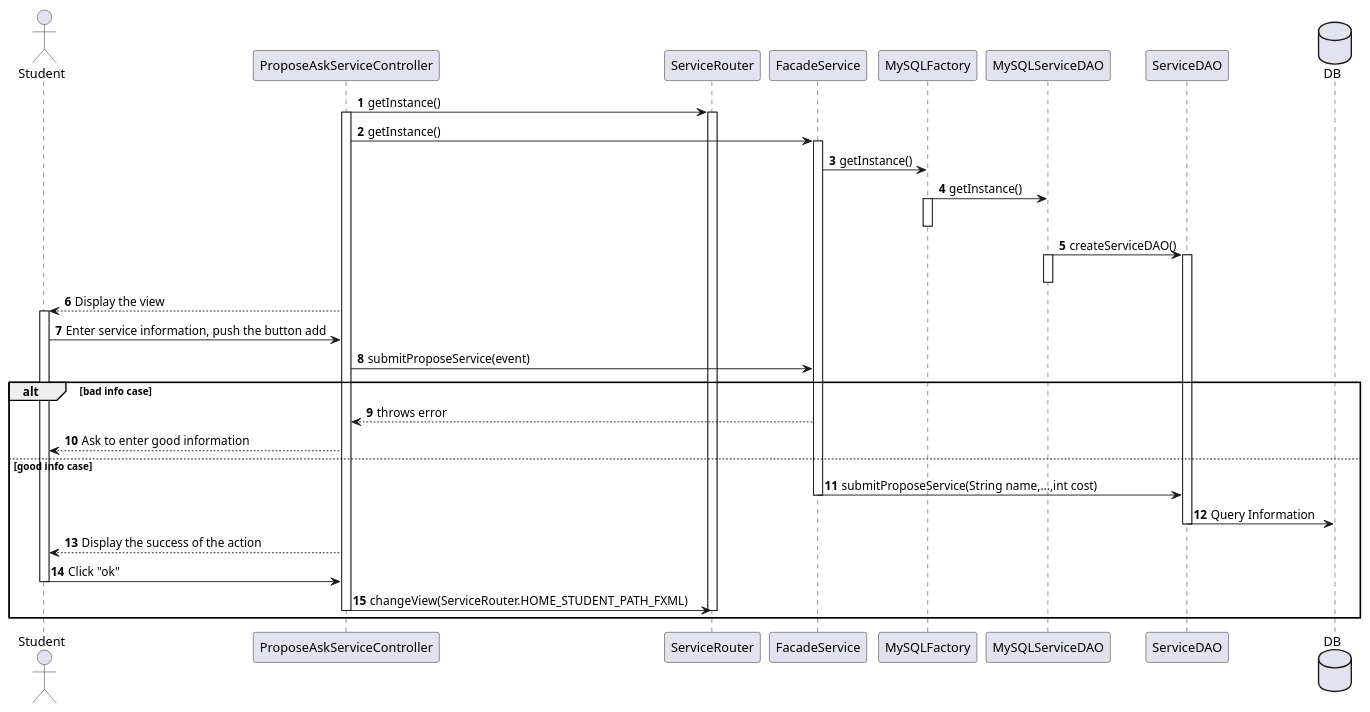
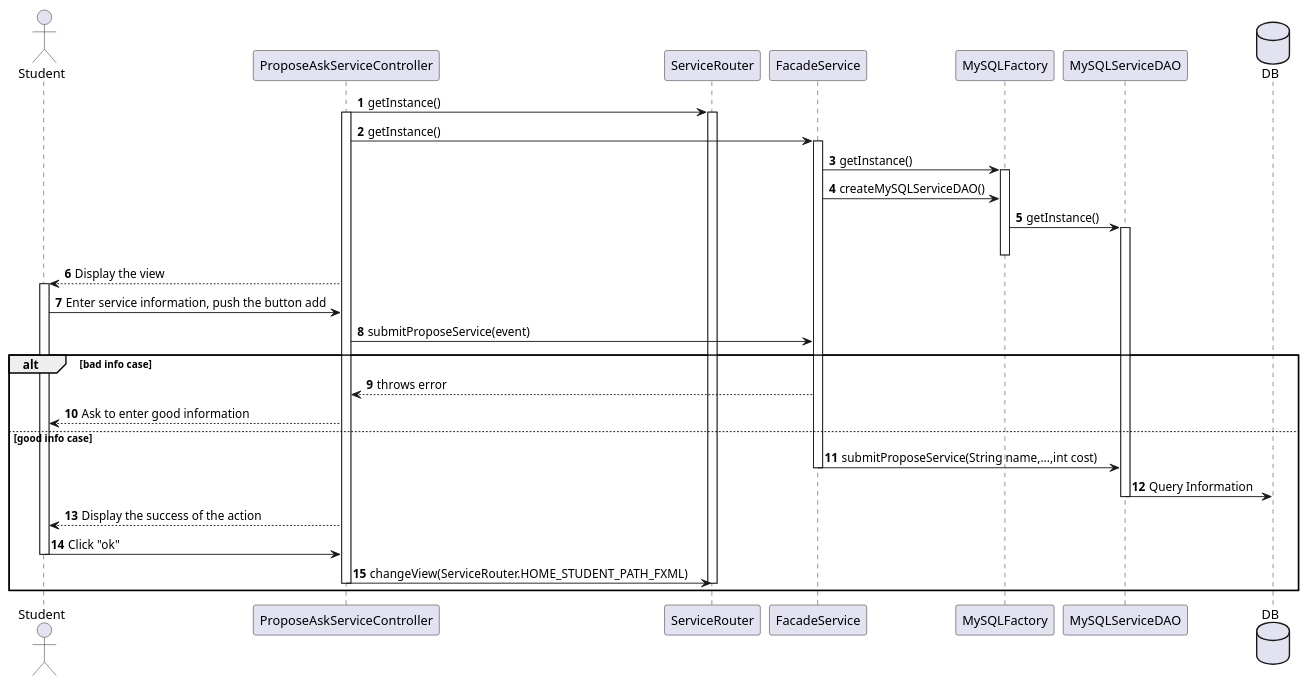
The diagram in project_diagrams/sequenceDiagrams/serviceManagement.puml (guiguie34/StudEasy), drawn with PlantUML before and after one commit. The commit also changed 2 other files, not shown here.

Commit message:
V2 partnerManagement.puml, serviceManagement.puml

```diff
--- a/project_diagrams/sequenceDiagrams/serviceManagement.puml
+++ b/project_diagrams/sequenceDiagrams/serviceManagement.puml
@@ -1,37 +1,38 @@
 @startuml
 autonumber
 actor Student
 ProposeAskServiceController -> ServiceRouter : getInstance()
 activate ProposeAskServiceController
 activate ServiceRouter
 ProposeAskServiceController -> FacadeService : getInstance()
 activate FacadeService
 FacadeService -> MySQLFactory : getInstance()
+
+activate MySQLFactory
+
+FacadeService -> MySQLFactory : createMySQLServiceDAO()
 MySQLFactory -> MySQLServiceDAO : getInstance()
-activate MySQLFactory
+activate MySQLServiceDAO
 deactivate MySQLFactory
-MySQLServiceDAO -> ServiceDAO : createServiceDAO()
-activate MySQLServiceDAO
-deactivate MySQLServiceDAO
-activate ServiceDAO
+
 ProposeAskServiceController --> Student : Display the view
 activate Student
 Student -> ProposeAskServiceController : Enter service information, push the button add
 ProposeAskServiceController -> FacadeService : submitProposeService(event)
 alt bad info case
     FacadeService --> ProposeAskServiceController : throws error
     ProposeAskServiceController --> Student : Ask to enter good information
 else good info case
-    FacadeService -> ServiceDAO : submitProposeService(String name,...,int cost)
+    FacadeService -> MySQLServiceDAO : submitProposeService(String name,...,int cost)
     deactivate FacadeService
     database DB
-    ServiceDAO -> DB : Query Information
-    deactivate ServiceDAO
+    MySQLServiceDAO -> DB : Query Information
+    deactivate MySQLServiceDAO
     ProposeAskServiceController --> Student : Display the success of the action
     Student -> ProposeAskServiceController : Click "ok"
     deactivate Student
     ProposeAskServiceController -> ServiceRouter : changeView(ServiceRouter.HOME_STUDENT_PATH_FXML)
     deactivate ProposeAskServiceController
     deactivate ServiceRouter
 end
 @enduml
```
